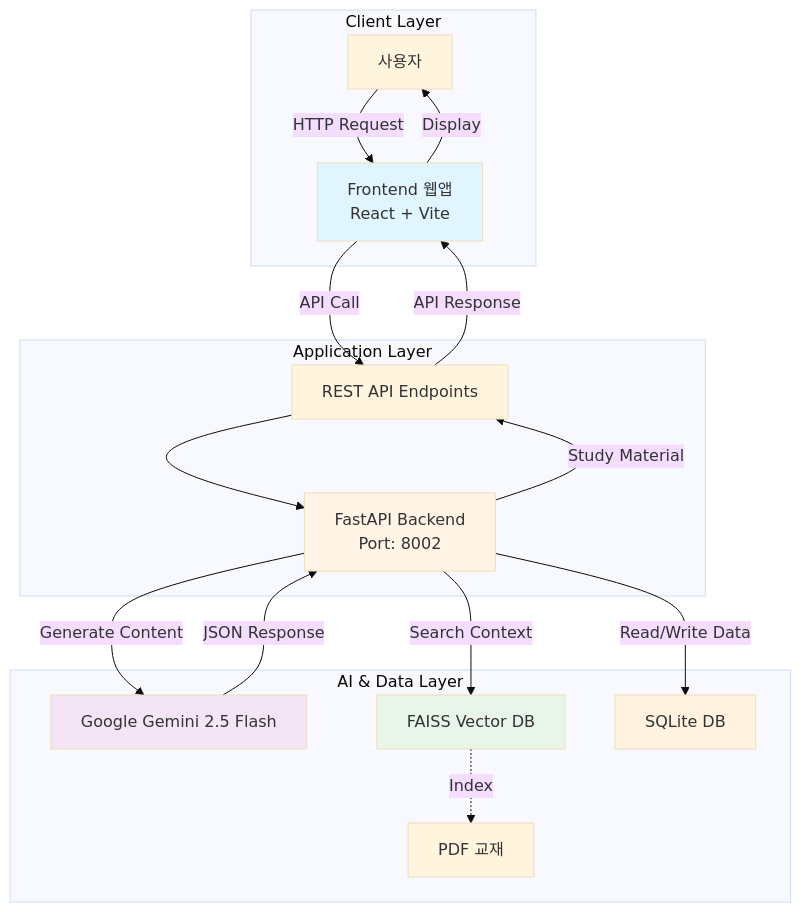
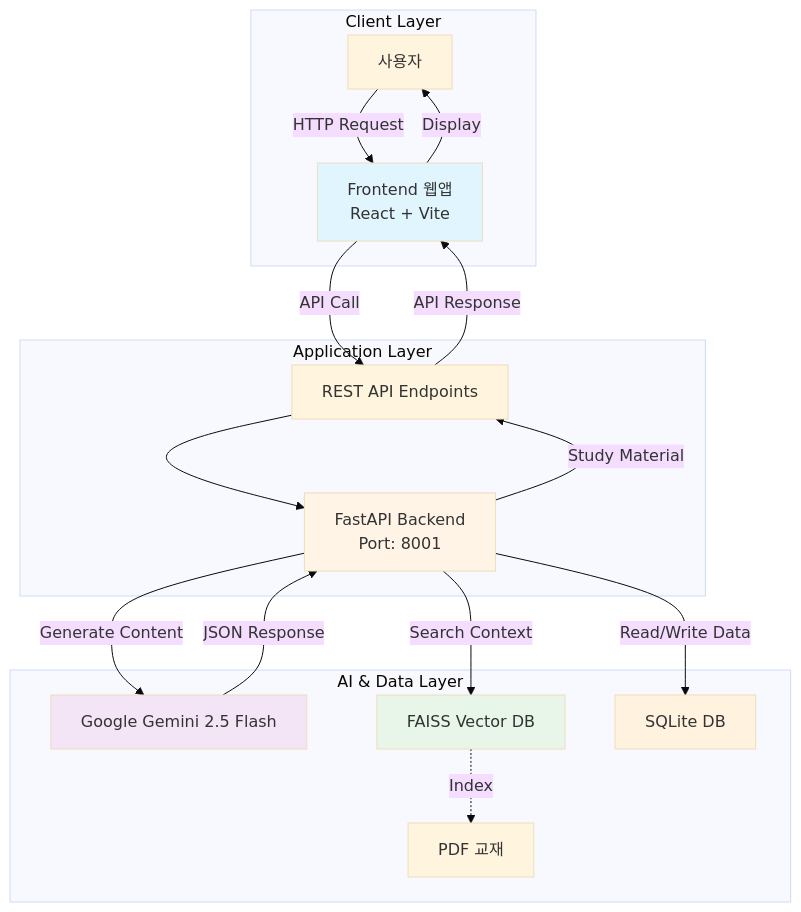
The first of 3 diagrams in plans/pop_pins_ii_architecture.md (I-nkamanda/poppins), drawn with Mermaid (base theme) before and after one commit. The commit also changed other lines of this file and 55 other files, not shown here.

````diff
--- a/plans/pop_pins_ii_architecture.md
+++ b/plans/pop_pins_ii_architecture.md
@@ -22,37 +22,37 @@
 ```mermaid
 graph TB
     subgraph "Client Layer"
         A[사용자]
         B[Frontend 웹앱<br/>React + Vite]
     end
     
     subgraph "Application Layer"
-        C[FastAPI Backend<br/>Port: 8002]
+        C[FastAPI Backend<br/>Port: 8001]
         D[REST API Endpoints]
     end
     
     subgraph "AI & Data Layer"
         E[Google Gemini 2.5 Flash]
         F[FAISS Vector DB]
         G[PDF 교재]
         H[SQLite DB]
     end
     
     A -->|HTTP Request| B
     B -->|API Call| D
     D --> C
     C -->|Generate Content| E
     C -->|Search Context| F
     C -->|Read/Write Data| H
     F -.->|Index| G
     E -->|JSON Response| C
     C -->|Study Material| D
     D -->|API Response| B
     B -->|Display| A
     
     style B fill:#e1f5ff
     style C fill:#fff4e6
     style E fill:#f3e5f5
     style F fill:#e8f5e9
     style H fill:#fff3e0
 ```
````
